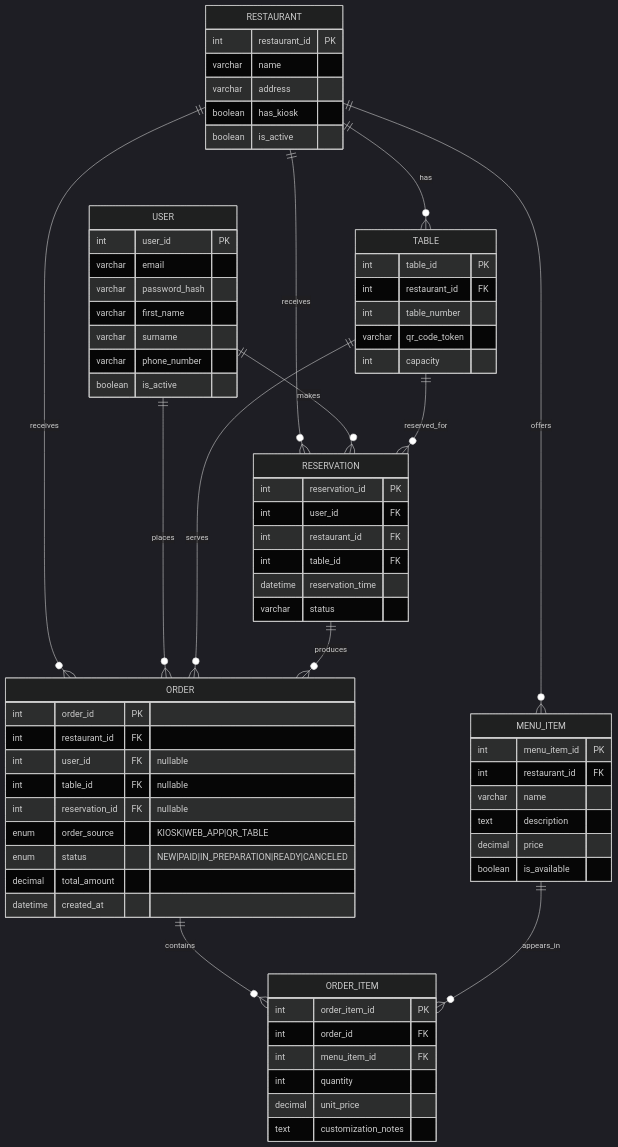
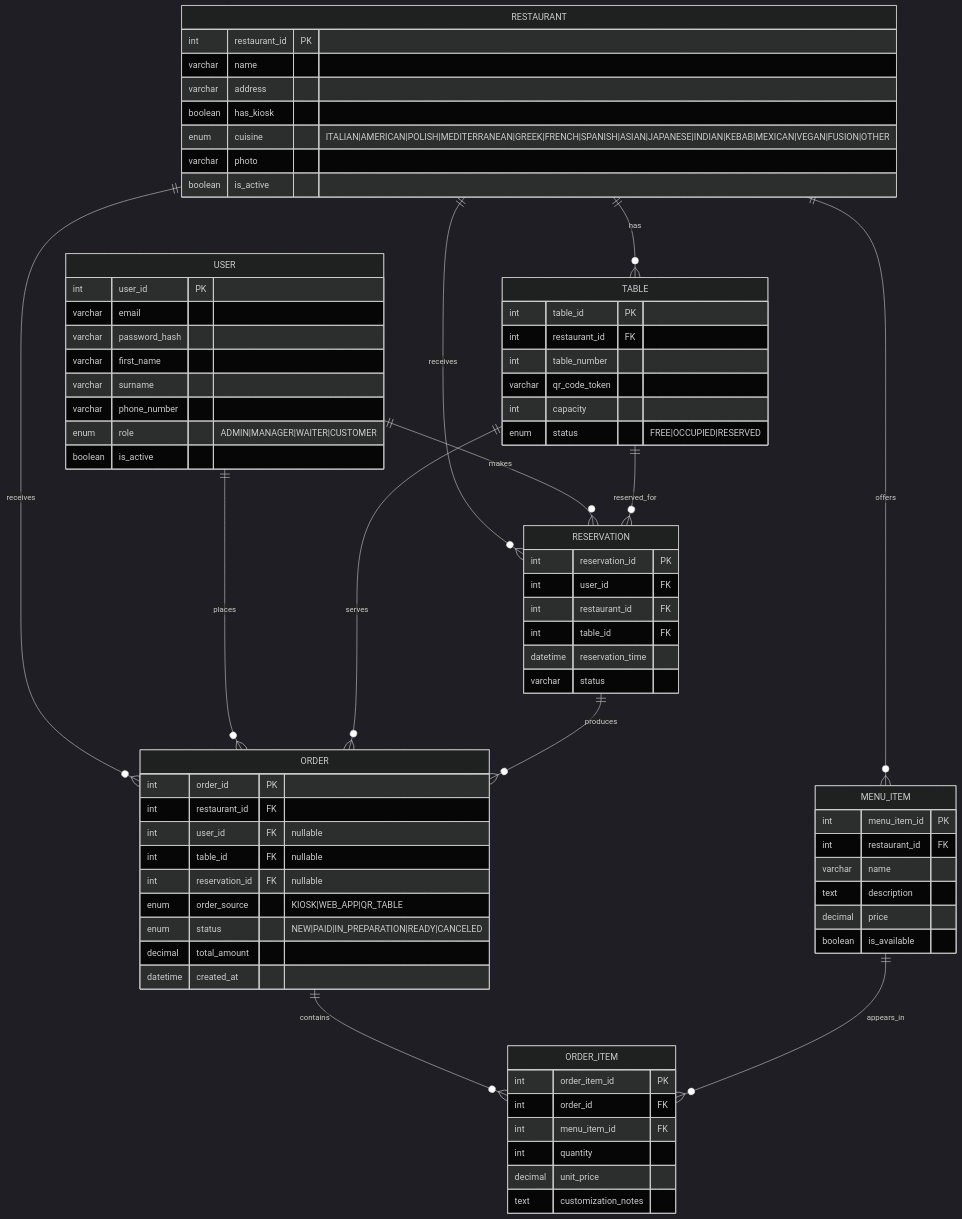
Before and after one commit to MatiBukowski/Zastosowania-Informatyki-w-gospodarce-: the second of 2 diagrams in Documentation/ARCHITECTURE.md, drawn with Mermaid (dark theme).

Commit message:
Add enums for role, cuisine, and table status

```diff
--- a/Documentation/ARCHITECTURE.md
+++ b/Documentation/ARCHITECTURE.md
@@ -136,6 +136,7 @@
     varchar first_name
     varchar surname
     varchar phone_number
+    enum role "ADMIN|MANAGER|WAITER|CUSTOMER"
     boolean is_active
   }
 
@@ -144,6 +145,8 @@
     varchar name
     varchar address
     boolean has_kiosk
+    enum cuisine "ITALIAN|AMERICAN|POLISH|MEDITERRANEAN|GREEK|FRENCH|SPANISH|ASIAN|JAPANESE|INDIAN|KEBAB|MEXICAN|VEGAN|FUSION|OTHER"
+    varchar photo
     boolean is_active
   }
 
@@ -153,6 +156,7 @@
     int table_number
     varchar qr_code_token
     int capacity
+    enum status "FREE|OCCUPIED|RESERVED"
   }
 
   MENU_ITEM {
```
